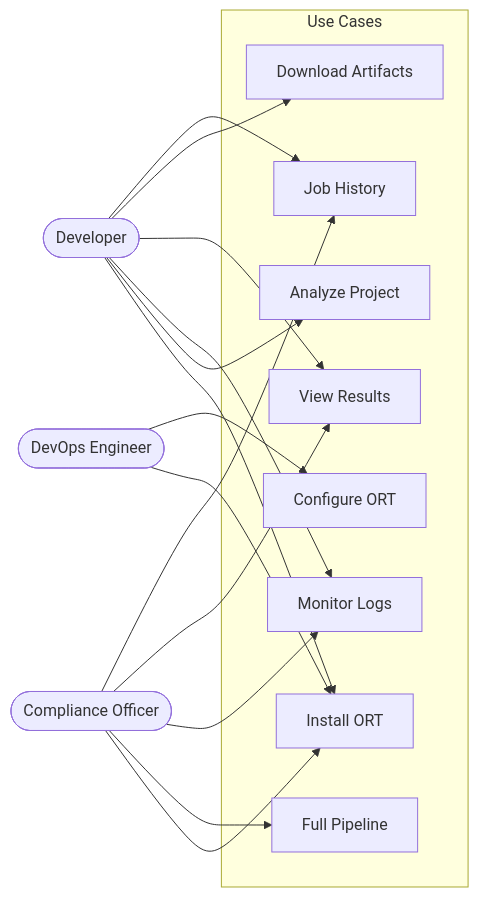
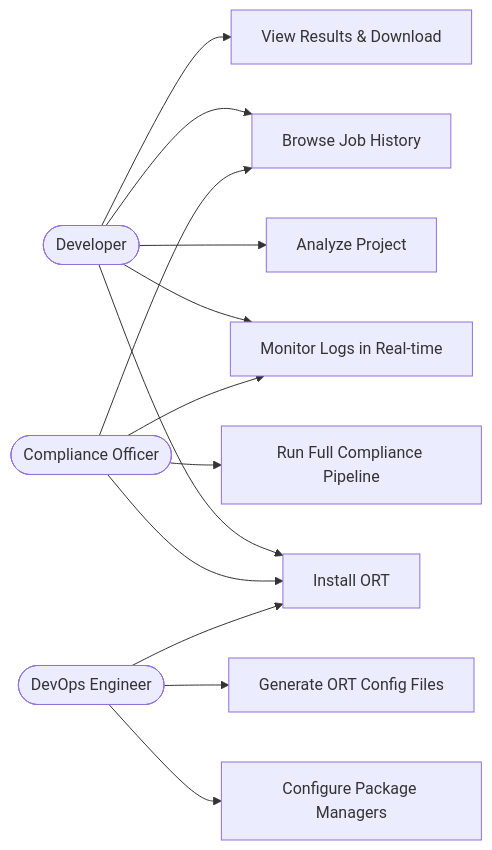
The third of 4 diagrams in DIAGRAMS.md (tnvinh2711/ort-web), drawn with Mermaid before and after one commit.

Commit message:
docs: simplify use case diagram — remove subgraph, cleaner actor-to-usecase layout

````diff
--- a/DIAGRAMS.md
+++ b/DIAGRAMS.md
@@ -59,21 +59,20 @@
 ```mermaid
 flowchart LR
     Dev(["Developer"])
     CO(["Compliance Officer"])
     Ops(["DevOps Engineer"])
 
-    subgraph UC ["Use Cases"]
-        UC1["Install ORT"]
-        UC2["Analyze Project"]
-        UC3["Monitor Logs"]
-        UC4["View Results"]
-        UC5["Download Artifacts"]
-        UC6["Job History"]
-        UC7["Full Pipeline"]
-        UC8["Configure ORT"]
-    end
+    Dev & CO & Ops --> Install["Install ORT"]
 
-    Dev --> UC1 & UC2 & UC3 & UC4 & UC5 & UC6
-    CO --> UC1 & UC7 & UC3 & UC4 & UC6
-    Ops --> UC1 & UC8
+    Dev --> Analyze["Analyze Project"]
+    Dev --> Monitor["Monitor Logs in Real-time"]
+    Dev --> Results["View Results & Download"]
+    Dev --> History["Browse Job History"]
+
+    CO --> Pipeline["Run Full Compliance Pipeline"]
+    CO --> Monitor
+    CO --> History
+
+    Ops --> Configure["Configure Package Managers"]
+    Ops --> GenConfig["Generate ORT Config Files"]
 ```
````
